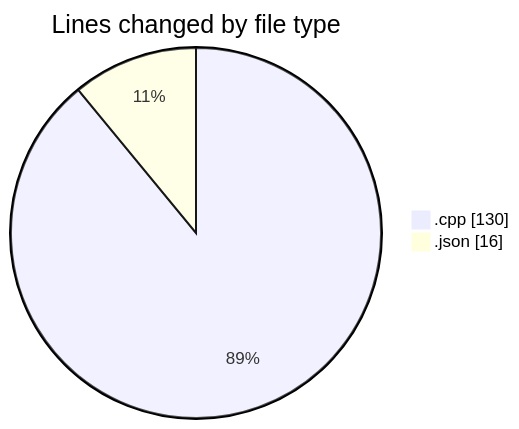
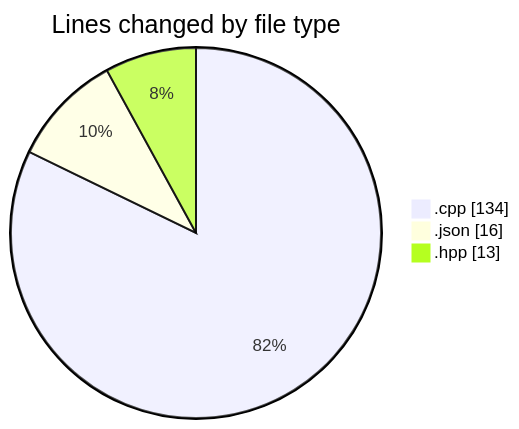
One commit to Netris89/code-tracking changed the first of 2 diagrams in 2025-05-01/date/README.md. Above: the diagram before and after it, drawn with Mermaid. The commit also changed other lines of this file and 1 other file, not shown here.

````diff
--- a/2025-05-01/date/README.md
+++ b/2025-05-01/date/README.md
@@ -21,6 +22,7 @@
 ```mermaid
 pie showData
 title Lines changed by file type
-".cpp" : 130
+".cpp" : 134
 ".json" : 16
+".hpp" : 13
 ```
````
